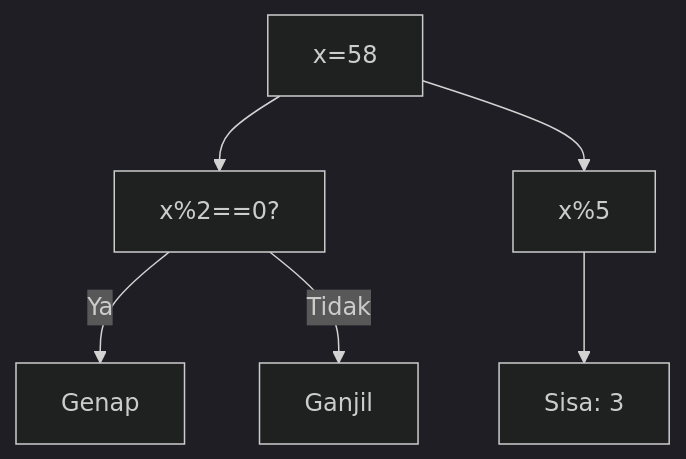
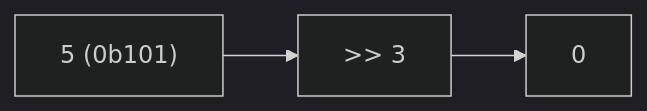
Before and after one commit to amnahwaida/OSNK_INF_PREP: the second of 25 diagrams in part-c-pemahaman-cpp/06-bitwise/latihan/set-03.md, drawn with Mermaid (dark theme). The commit also changed other lines of this file and 71 other files, not shown here.

````diff
--- a/part-c-pemahaman-cpp/06-bitwise/latihan/set-03.md
+++ b/part-c-pemahaman-cpp/06-bitwise/latihan/set-03.md
@@ -54,8 +47,5 @@
 ```mermaid
-graph TD
-A["x=58"] --> B["x%2==0?"]
-B -- Ya --> C["Genap"]
-B -- Tidak --> D["Ganjil"]
-A --> E["x%5"]
-E --> F["Sisa: 3"]
+graph LR
+A["5 (0b101)"] --> B[">> 3"]
+B --> C["0"]
 ```
````
